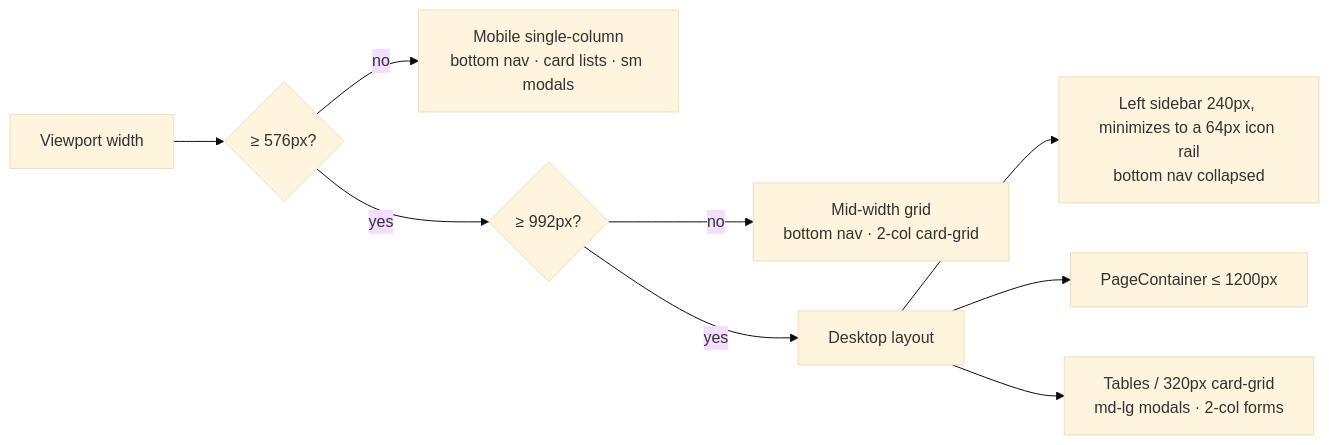
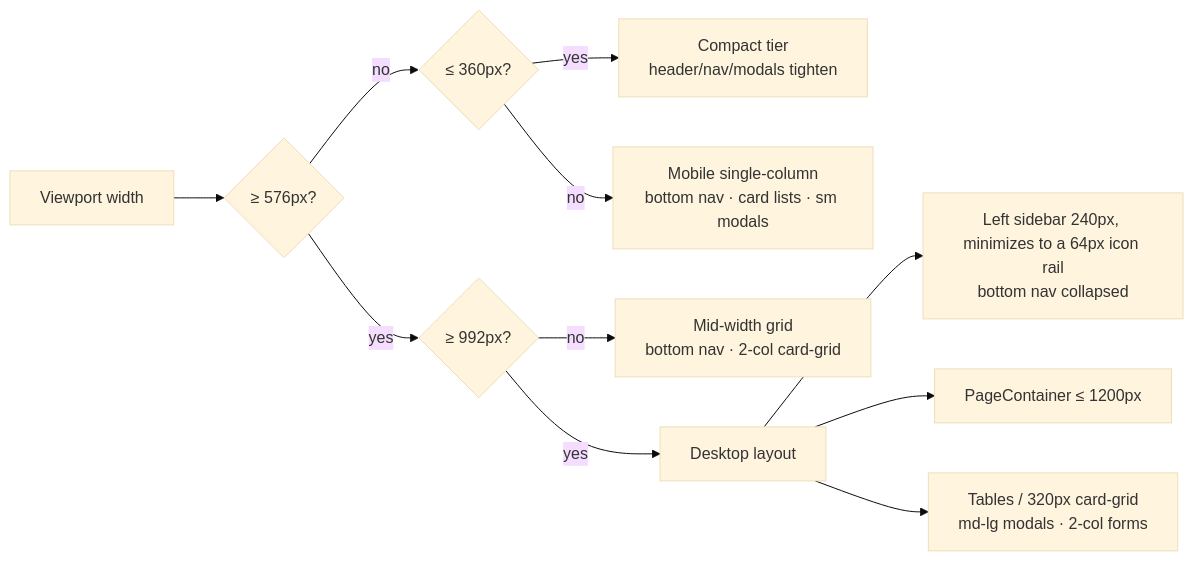
One commit to oncloudnintynineone-source/cloudy2 changed the diagram in docs/desktop-responsive.md. Above: the diagram before and after it, drawn with Mermaid (base theme). The commit also changed other lines of this file and 12 other files, not shown here.

Commit message:
Add compact tier for very small phones (≤360px): icon-only header/nav, smaller modals

````diff
--- a/docs/desktop-responsive.md
+++ b/docs/desktop-responsive.md
@@ -45,11 +51,13 @@
 ```mermaid
 flowchart LR
     A[Viewport width] --> B{≥ 576px?}
-    B -- no --> C[Mobile single-column<br/>bottom nav · card lists · sm modals]
+    B -- no --> B0{≤ 360px?}
+    B0 -- yes --> C0[Compact tier<br/>header/nav/modals tighten]
+    B0 -- no --> C[Mobile single-column<br/>bottom nav · card lists · sm modals]
     B -- yes --> B2{≥ 992px?}
     B2 -- no --> C2[Mid-width grid<br/>bottom nav · 2-col card-grid]
     B2 -- yes --> D[Desktop layout]
     D --> E[Left sidebar 240px, minimizes to a 64px icon rail<br/>bottom nav collapsed]
     D --> F[PageContainer ≤ 1200px]
     D --> G[Tables / 320px card-grid<br/>md-lg modals · 2-col forms]
 ```
````
